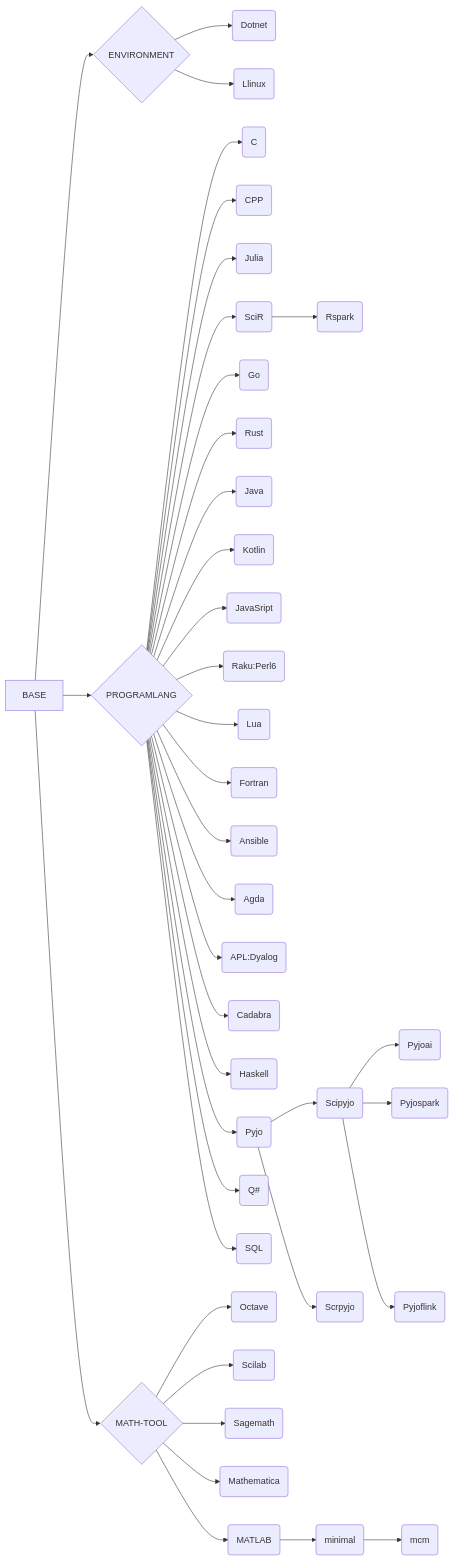
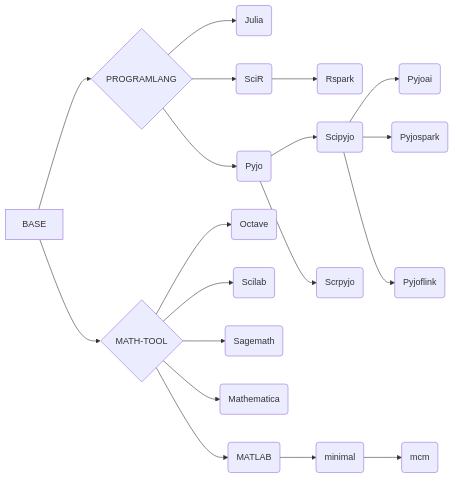
Before and after one commit to ben0i0d/jupyter: the diagram in README.md, drawn with Mermaid. The commit also changed other lines of this file and 28 other files, not shown here.

````diff
--- a/README.md
+++ b/README.md
@@ -99,36 +89,17 @@
 ```mermaid
 graph LR
-BASE-->ENV{ENVIRONMENT}-->EA(Dotnet)
-ENV-->EB(Llinux)
 BASE-->PROGRAM{PROGRAMLANG}
-PROGRAM-->PA(C)
-PROGRAM-->PB(CPP)
 PROGRAM-->PC(Julia)
 PROGRAM-->PD(SciR)-->PDA(Rspark)
-PROGRAM-->PE(Go)
-PROGRAM-->PF(Rust)
-PROGRAM-->PG(Java)
-PROGRAM-->PH(Kotlin)
-PROGRAM-->PI(JavaSript)
-PROGRAM-->PJ(Raku:Perl6)
-PROGRAM-->PK(Lua)
-PROGRAM-->PL(Fortran)
-PROGRAM-->PM(Ansible)
-PROGRAM-->PN(Agda)
-PROGRAM-->PO(APL:Dyalog)
-PROGRAM-->PP(Cadabra)
-PROGRAM-->PQ(Haskell)
 PROGRAM-->PR(Pyjo)
-PROGRAM-->PS(Q#)
-PROGRAM-->PT(SQL)
 PR-->PRA(Scipyjo)
 PR-->PRB(Scrpyjo)
 PRA-->PRAA(Pyjoai)  
 PRA-->PRAB(Pyjospark)  
 PRA-->PRAC(Pyjoflink)  
 BASE-->MATH{MATH-TOOL}-->MA(Octave)
 MATH-->MB(Scilab)
 MATH-->MC(Sagemath)
 MATH-->ME(Mathematica)
 MATH-->MD(MATLAB)-->MDA(minimal)-->MDAA(mcm)
 ```
````
